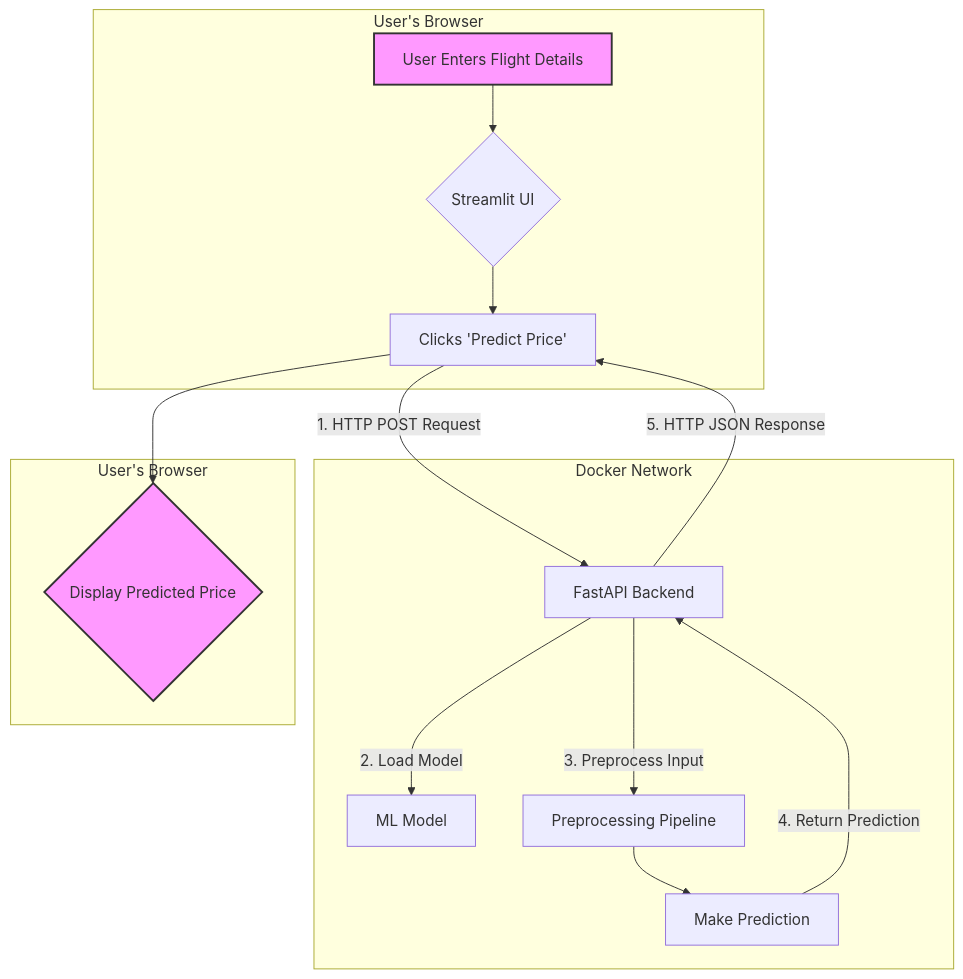
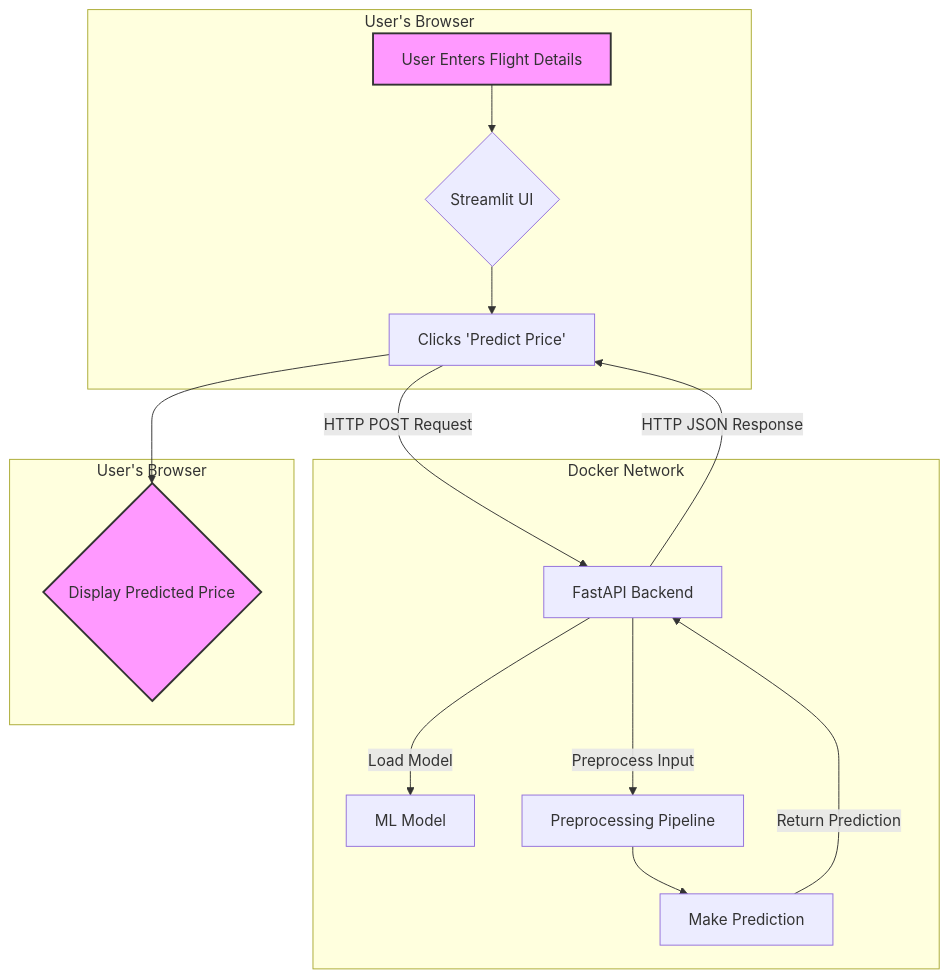
The diagram in README.md (AmbujSinghNeo/Flight_Price_Prediction), drawn with Mermaid before and after one commit. The commit also changed other lines of this file, not shown here.

Commit message:
Updated the README with new installation steps

````diff
--- a/README.md
+++ b/README.md
@@ -25,23 +25,23 @@
 ```mermaid
 graph TD
     subgraph User's Browser
         A[User Enters Flight Details] --> B{Streamlit UI};
         B --> C[Clicks 'Predict Price'];
     end
 
     subgraph "Docker Network"
-        C -->|1. HTTP POST Request| D[FastAPI Backend];
-        D -->|2. Load Model| E[ML Model];
-        D -->|3. Preprocess Input| F[Preprocessing Pipeline];
+        C -->|HTTP POST Request| D[FastAPI Backend];
+        D -->|Load Model| E[ML Model];
+        D -->|Preprocess Input| F[Preprocessing Pipeline];
         F --> G[Make Prediction];
-        G -->|4. Return Prediction| D;
-        D -->|5. HTTP JSON Response| C;
+        G -->|Return Prediction| D;
+        D -->|HTTP JSON Response| C;
     end
 
     subgraph User's Browser
         C --> H{Display Predicted Price};
     end
 
     style A fill:#f9f,stroke:#333,stroke-width:2px
     style H fill:#f9f,stroke:#333,stroke-width:2px
 ```
````
